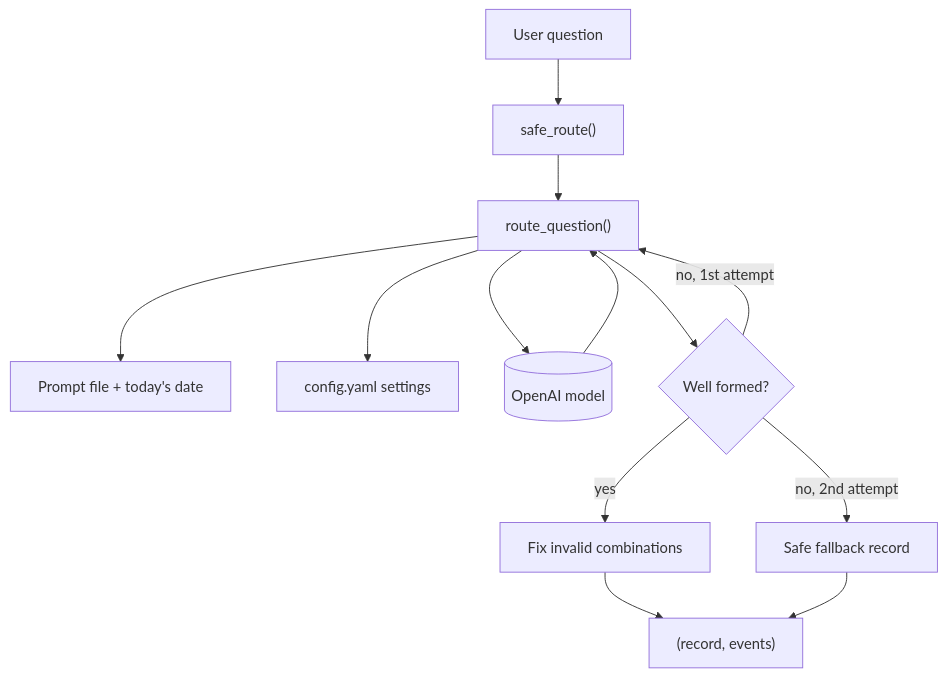
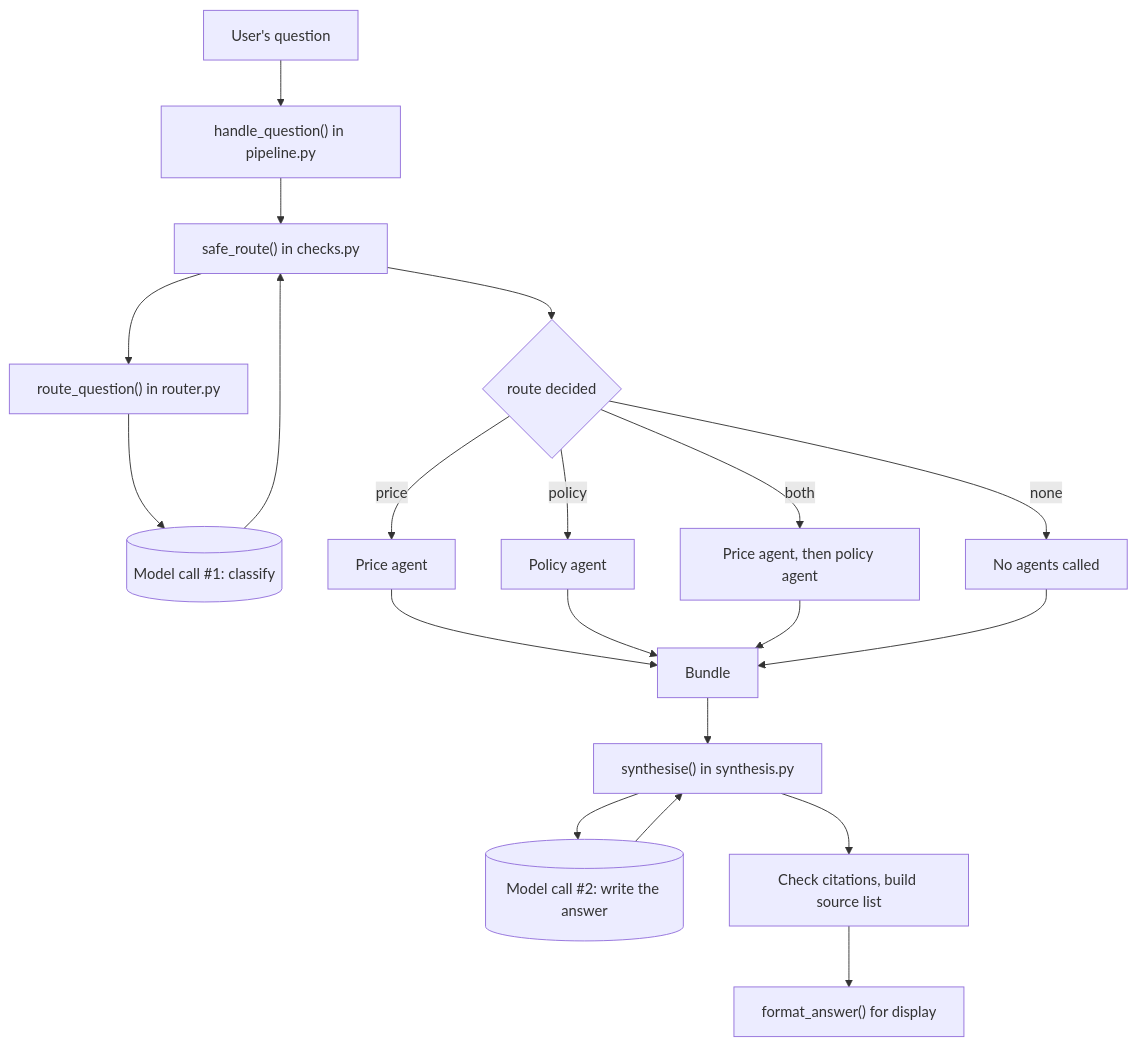
One commit to edwardbyl00/Gen-AI-and-LLM-Project changed the diagram in Docs/p2_supervisor_code.md. Above: the diagram before and after it, drawn with Mermaid. The commit also changed other lines of this file and 11 other files, not shown here.

````diff
--- a/Docs/p2_supervisor_code.md
+++ b/Docs/p2_supervisor_code.md
@@ -57,15 +40,22 @@
 ```mermaid
 flowchart TD
-    Q[User question] --> S["safe_route()"]
-    S --> R["route_question()"]
-    R --> P[Prompt file + today's date]
-    R --> C[config.yaml settings]
-    R --> M[(OpenAI model)]
-    M --> R
-    R --> W{Well formed?}
-    W -- no, 1st attempt --> R
-    W -- no, 2nd attempt --> F[Safe fallback record]
-    W -- yes --> X[Fix invalid combinations]
-    X --> O["(record, events)"]
-    F --> O
+    Q[User's question] --> P["handle_question() in pipeline.py"]
+    P --> R["safe_route() in checks.py"]
+    R --> RQ["route_question() in router.py"]
+    RQ --> M1[(Model call #1: classify)]
+    M1 --> R
+    R --> D{route decided}
+    D -->|price| PA[Price agent]
+    D -->|policy| POA[Policy agent]
+    D -->|both| PA2[Price agent, then policy agent]
+    D -->|none| SK[No agents called]
+    PA --> B[Bundle]
+    POA --> B
+    PA2 --> B
+    SK --> B
+    B --> S["synthesise() in synthesis.py"]
+    S --> M2[(Model call #2: write the answer)]
+    M2 --> S
+    S --> CHK[Check citations, build source list]
+    CHK --> OUT["format_answer() for display"]
 ```
````
